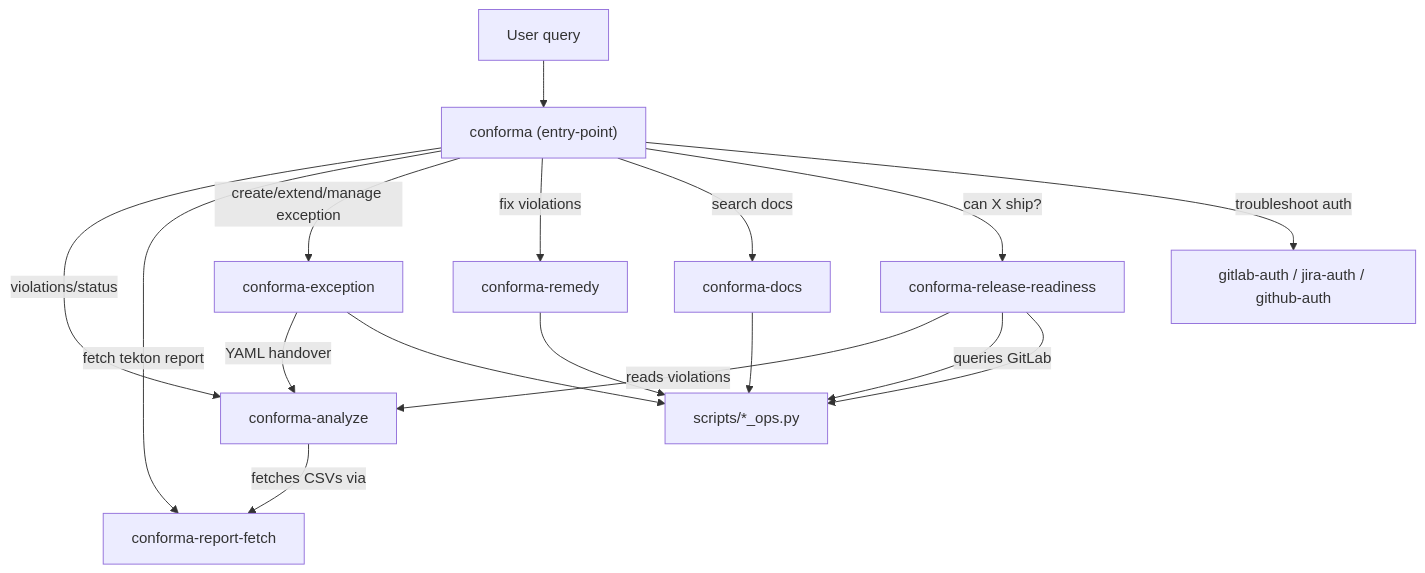
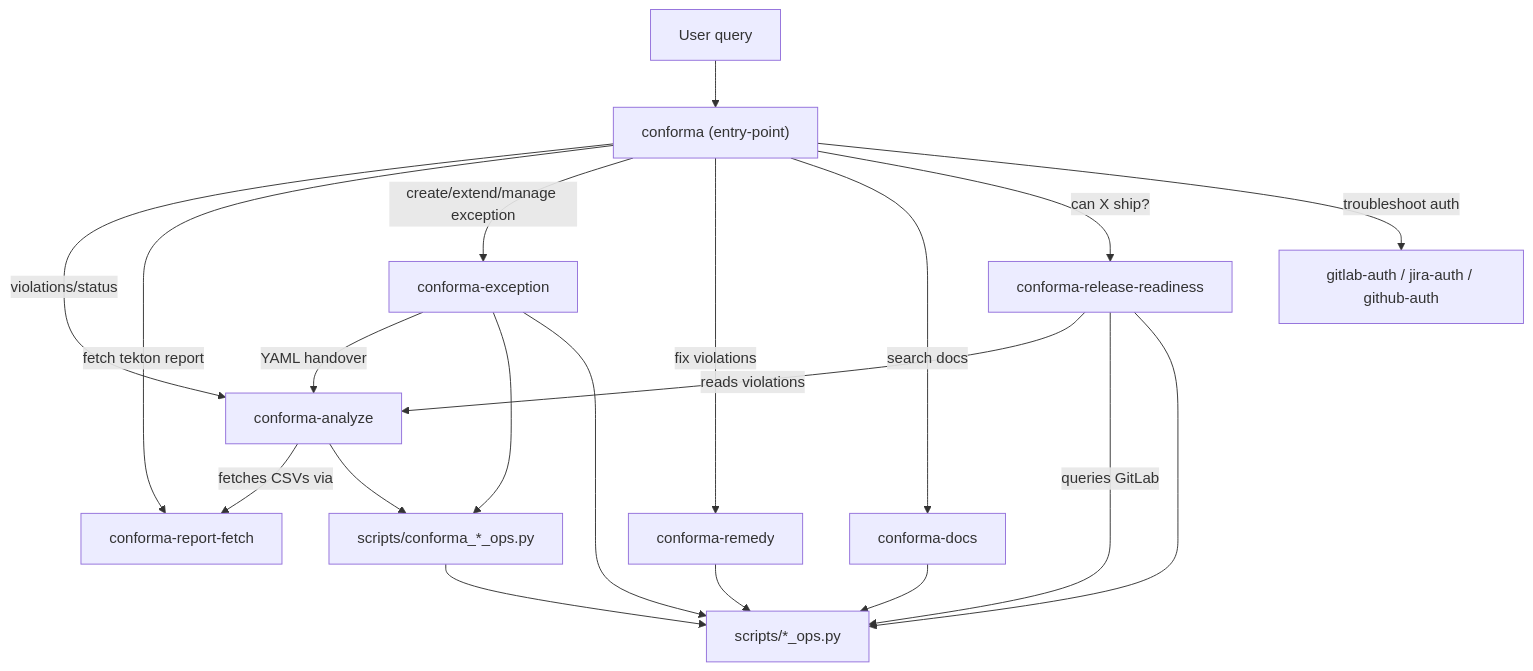
The diagram in ARCHITECTURE.md (opendatahub-io/aiops-infra), drawn with Mermaid before and after one commit. The commit also changed other lines of this file and 29 other files, not shown here.

````diff
--- a/ARCHITECTURE.md
+++ b/ARCHITECTURE.md
@@ -19,20 +19,23 @@
 ```mermaid
 flowchart TD
     user[User query] --> entry["conforma (entry-point)"]
     entry -->|"violations/status"| analyze["conforma-analyze"]
     entry -->|"fetch tekton report"| reportFetch["conforma-report-fetch"]
     analyze -->|"fetches CSVs via"| reportFetch
     entry -->|"create/extend/manage exception"| exception["conforma-exception"]
     entry -->|"fix violations"| remedy["conforma-remedy"]
     entry -->|"search docs"| docs["conforma-docs"]
     entry -->|"can X ship?"| readiness["conforma-release-readiness"]
     entry -->|"troubleshoot auth"| auth["gitlab-auth / jira-auth / github-auth"]
 
     readiness -->|"reads violations"| analyze
     readiness -->|"queries GitLab"| sharedScripts
     exception -->|"YAML handover"| analyze
+    analyze --> conformaOps["scripts/conforma_*_ops.py"]
+    exception --> conformaOps
     exception --> sharedScripts["scripts/*_ops.py"]
+    conformaOps --> sharedScripts
     remedy --> sharedScripts
     readiness --> sharedScripts
     docs --> sharedScripts
 ```
````
